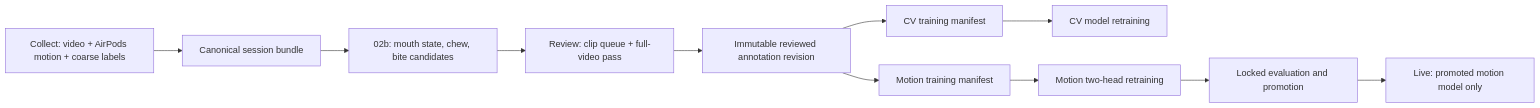
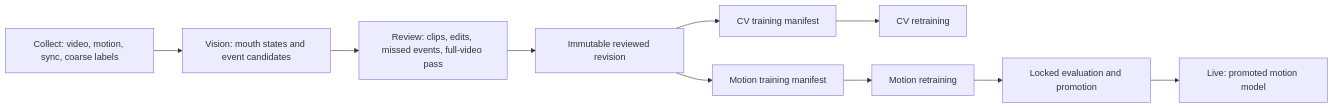
One commit to ZSturman/Chew-Sense changed the diagram in docs/ARCHITECTURE.md. Above: the diagram before and after it, drawn with Mermaid. The commit also changed other lines of this file and 1285 other files, not shown here.

````diff
--- a/docs/ARCHITECTURE.md
+++ b/docs/ARCHITECTURE.md
@@ -16,13 +6,12 @@
 ```mermaid
 flowchart LR
-    A["Collect: video + AirPods motion + coarse labels"] --> B["Canonical session bundle"]
-    B --> C["02b: mouth state, chew, bite candidates"]
-    C --> D["Review: clip queue + full-video pass"]
-    D --> E["Immutable reviewed annotation revision"]
-    E --> F["CV training manifest"]
-    E --> G["Motion training manifest"]
-    F --> H["CV model retraining"]
-    G --> I["Motion two-head retraining"]
-    I --> J["Locked evaluation and promotion"]
-    J --> K["Live: promoted motion model only"]
+    A["Collect: video, motion, sync, coarse labels"] --> B["Vision: mouth states and event candidates"]
+    B --> C["Review: clips, edits, missed events, full-video pass"]
+    C --> D["Immutable reviewed revision"]
+    D --> E["CV training manifest"]
+    D --> F["Motion training manifest"]
+    E --> G["CV retraining"]
+    F --> H["Motion retraining"]
+    H --> I["Locked evaluation and promotion"]
+    I --> J["Live: promoted motion model"]
 ```
````
